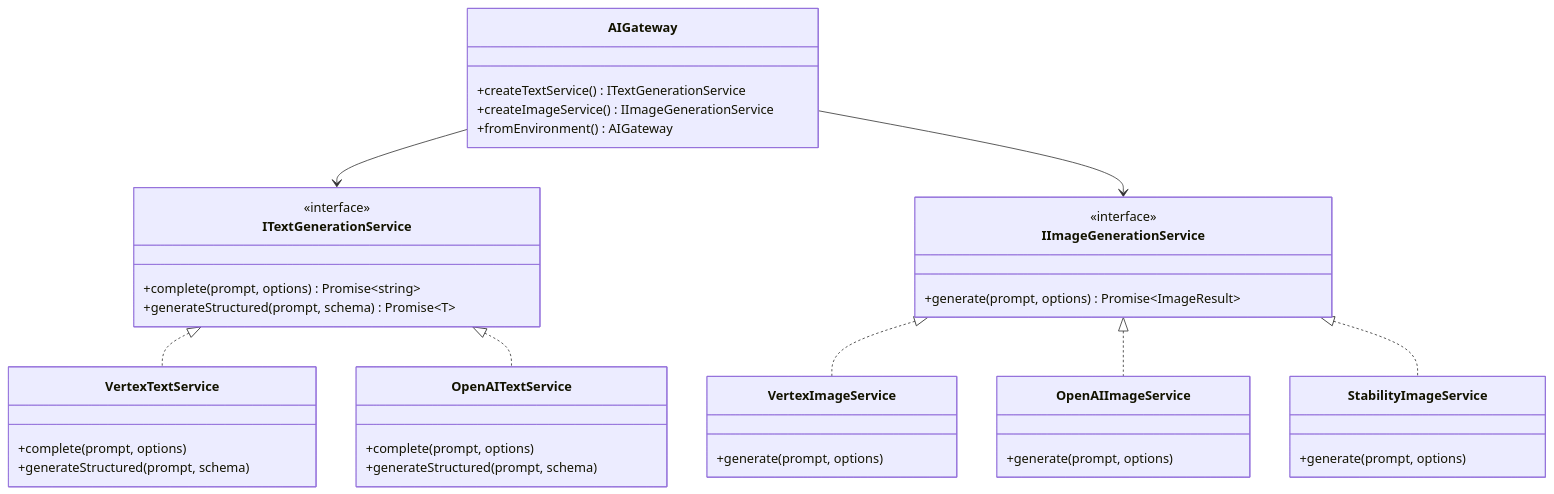
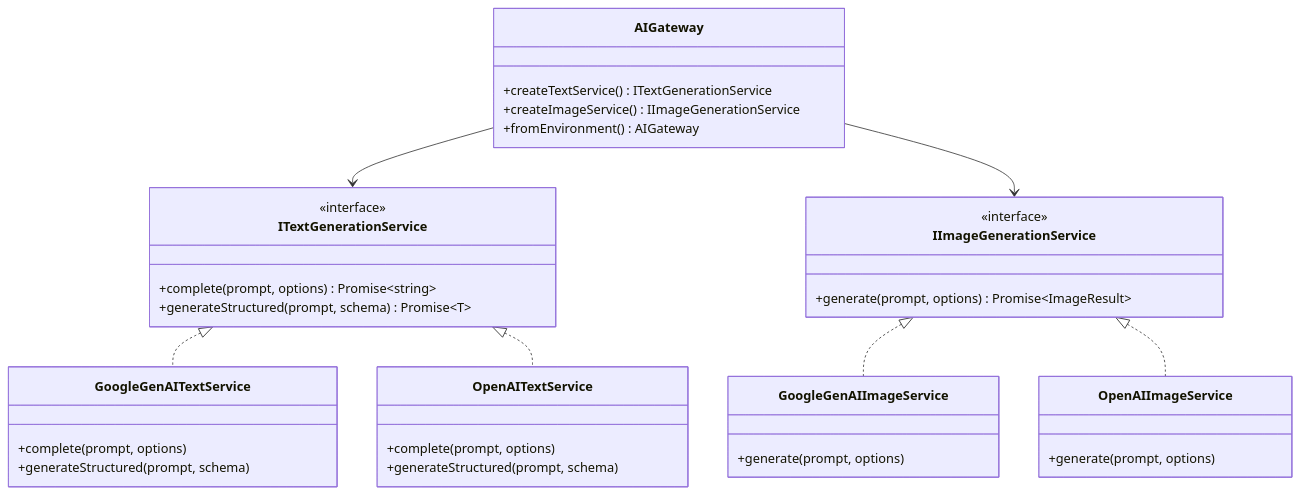
One commit to mythoria-pt/story-generation-workflow changed the third of 5 diagrams in docs/ARCHITECTURE.md. Above: the diagram before and after it, drawn with Mermaid. The commit also changed other lines of this file and 14 other files, not shown here.

````diff
--- a/docs/ARCHITECTURE.md
+++ b/docs/ARCHITECTURE.md
@@ -138,50 +139,45 @@
 ```mermaid
 classDiagram
     class AIGateway {
         +createTextService() ITextGenerationService
         +createImageService() IImageGenerationService
         +fromEnvironment() AIGateway
     }
-    
+
     class ITextGenerationService {
         <<interface>>
         +complete(prompt, options) Promise~string~
         +generateStructured(prompt, schema) Promise~T~
     }
-    
+
     class IImageGenerationService {
         <<interface>>
         +generate(prompt, options) Promise~ImageResult~
     }
-    
+
     AIGateway --> ITextGenerationService
     AIGateway --> IImageGenerationService
-    
-    class VertexTextService {
+
+    class GoogleGenAITextService {
         +complete(prompt, options)
         +generateStructured(prompt, schema)
     }
-    
+
     class OpenAITextService {
         +complete(prompt, options)
         +generateStructured(prompt, schema)
     }
-    
-    class VertexImageService {
+
+    class GoogleGenAIImageService {
         +generate(prompt, options)
     }
-    
+
     class OpenAIImageService {
         +generate(prompt, options)
     }
-    
-    class StabilityImageService {
-        +generate(prompt, options)
-    }
-    
-    ITextGenerationService <|.. VertexTextService
+
+    ITextGenerationService <|.. GoogleGenAITextService
     ITextGenerationService <|.. OpenAITextService
-    IImageGenerationService <|.. VertexImageService
+    IImageGenerationService <|.. GoogleGenAIImageService
     IImageGenerationService <|.. OpenAIImageService
-    IImageGenerationService <|.. StabilityImageService
 ```
````
